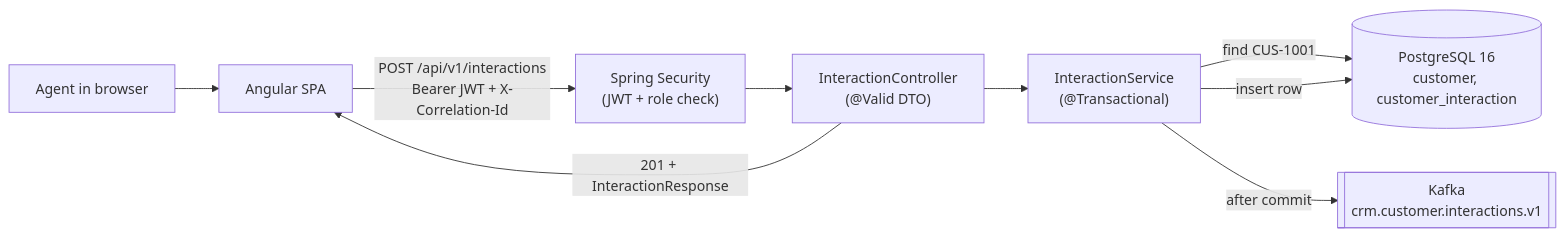
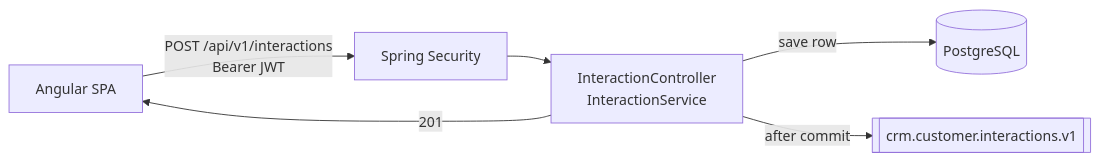
Before and after one commit to WillCraig/CapstoneProjectBoot: the first of 4 diagrams in docs/architecture.md, drawn with Mermaid. The commit also changed other lines of this file and 18 other files, not shown here.

````diff
--- a/docs/architecture.md
+++ b/docs/architecture.md
@@ -42,11 +48,8 @@
 ```mermaid
 flowchart LR
-  Agent["Agent in browser"] --> UI["Angular SPA"]
-  UI -->|"POST /api/v1/interactions<br/>Bearer JWT + X-Correlation-Id"| SEC["Spring Security<br/>(JWT + role check)"]
-  SEC --> CTRL["InteractionController<br/>(@Valid DTO)"]
-  CTRL --> SVC["InteractionService<br/>(@Transactional)"]
-  SVC -->|"find CUS-1001"| PG[("PostgreSQL 16<br/>customer, customer_interaction")]
-  SVC -->|"insert row"| PG
-  SVC -->|"after commit"| K[["Kafka<br/>crm.customer.interactions.v1"]]
-  CTRL -->|"201 + InteractionResponse"| UI
+  UI["Angular SPA"] -->|"POST /api/v1/interactions<br/>Bearer JWT"| SEC["Spring Security"]
+  SEC --> API["InteractionController<br/>InteractionService"]
+  API -->|"save row"| PG[("PostgreSQL")]
+  API -->|"after commit"| K[["crm.customer.interactions.v1"]]
+  API -->|"201"| UI
 ```
````
